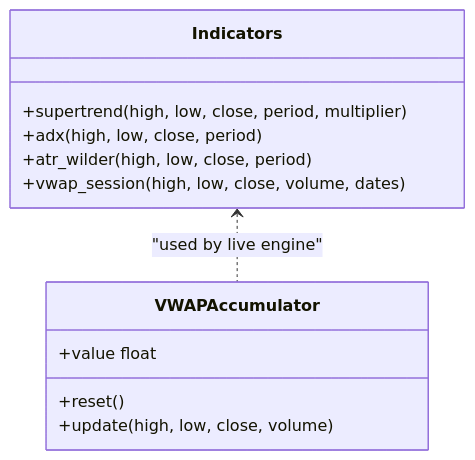
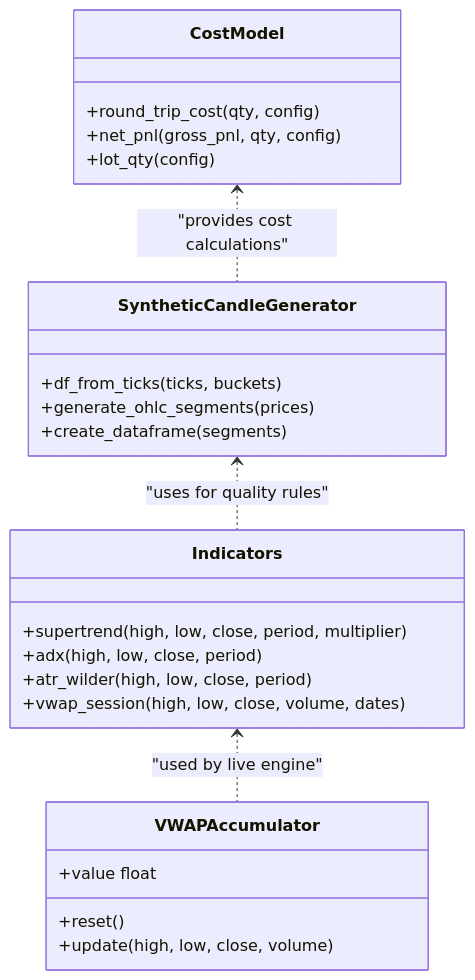
One commit to tauqeersiddiqui-art/tradingsystem changed the eighth of 11 diagrams in .qoder/repowiki/en/content/Core Trading Engine/Scalping Strategy Engine.md. Above: the diagram before and after it, drawn with Mermaid. The commit also changed other lines of this file and 71 other files, not shown here.

````diff
--- a/.qoder/repowiki/en/content/Core Trading Engine/Scalping Strategy Engine.md
+++ b/.qoder/repowiki/en/content/Core Trading Engine/Scalping Strategy Engine.md
@@ -246,15 +339,27 @@
 ```mermaid
 classDiagram
 class Indicators {
 +supertrend(high, low, close, period, multiplier)
 +adx(high, low, close, period)
 +atr_wilder(high, low, close, period)
 +vwap_session(high, low, close, volume, dates)
 }
 class VWAPAccumulator {
 +reset()
 +update(high, low, close, volume)
 +value float
 }
+class SyntheticCandleGenerator {
++df_from_ticks(ticks, buckets)
++generate_ohlc_segments(prices)
++create_dataframe(segments)
+}
+class CostModel {
++round_trip_cost(qty, config)
++net_pnl(gross_pnl, qty, config)
++lot_qty(config)
+}
 Indicators <.. VWAPAccumulator : "used by live engine"
+SyntheticCandleGenerator <.. Indicators : "uses for quality rules"
+CostModel <.. SyntheticCandleGenerator : "provides cost calculations"
 ```
````
